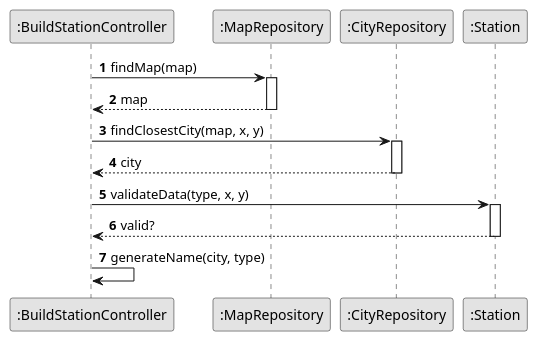
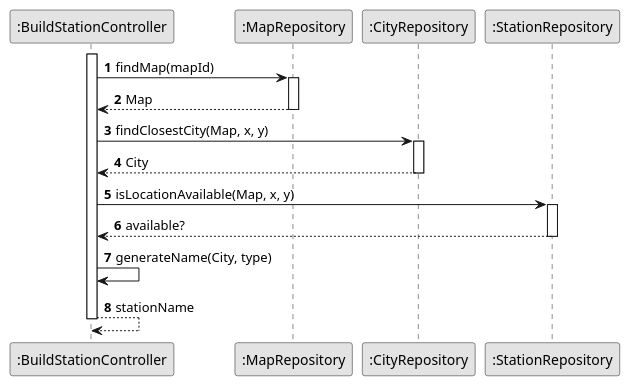
One commit to goncalolopesp/sem2-pi-24.25-g093-repo changed the diagram in docs/system-documentation/US005/03.design/puml/US005-SD-validateAndName.puml. Above: the diagram before and after it, drawn with PlantUML. The commit also changed 7 other files, not shown here.

```diff
--- a/docs/system-documentation/US005/03.design/puml/US005-SD-validateAndName.puml
+++ b/docs/system-documentation/US005/03.design/puml/US005-SD-validateAndName.puml
@@ -1,28 +1,33 @@
 @startuml US005-SD-validateAndName
 skinparam monochrome true
 skinparam packageStyle rectangle
 skinparam shadowing false
 autonumber
 
 participant ":BuildStationController" as BuildController
 participant ":MapRepository" as MapRepo
 participant ":CityRepository" as CityRepo
-participant ":Station" as Station
+participant ":StationRepository" as StationRepo
 
-BuildController -> MapRepo: findMap(map)
+activate BuildController
+
+BuildController -> MapRepo: findMap(mapId)
 activate MapRepo
-MapRepo --> BuildController: map
+MapRepo --> BuildController: Map
 deactivate MapRepo
 
-BuildController -> CityRepo: findClosestCity(map, x, y)
+BuildController -> CityRepo: findClosestCity(Map, x, y)
 activate CityRepo
-CityRepo --> BuildController: city
+CityRepo --> BuildController: City
 deactivate CityRepo
 
-BuildController -> Station: validateData(type, x, y)
-activate Station
-Station --> BuildController: valid?
-deactivate Station
+BuildController -> StationRepo: isLocationAvailable(Map, x, y)
+activate StationRepo
+StationRepo --> BuildController: available?
+deactivate StationRepo
 
-BuildController -> BuildController: generateName(city, type)
+BuildController -> BuildController: generateName(City, type)
+BuildController --> BuildController: stationName
+
+deactivate BuildController
 @enduml
```
